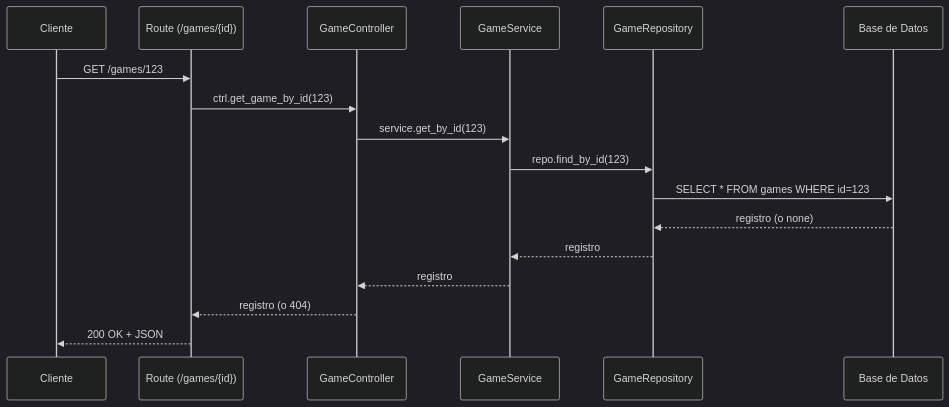
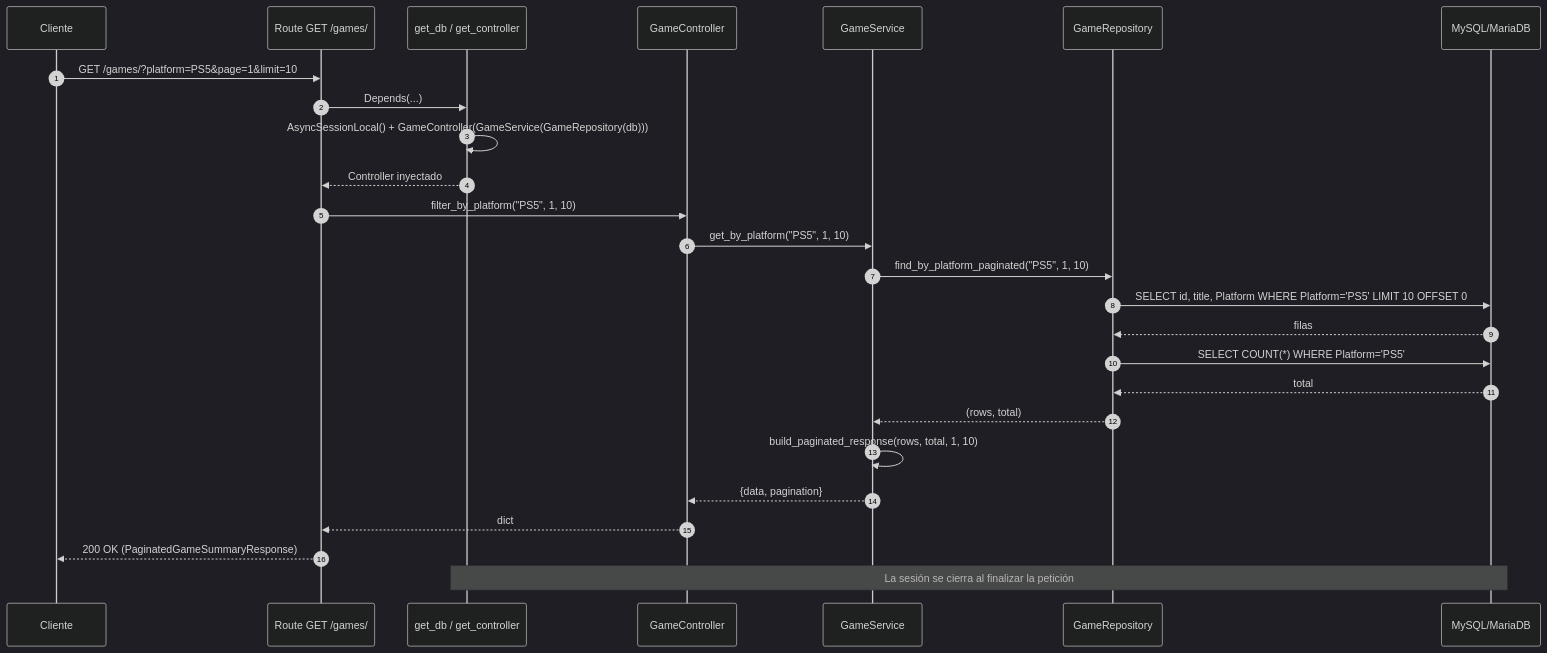
The fifth of 8 diagrams in DISEÑO.md (spentpark/backend-python), drawn with Mermaid (dark theme) before and after one commit. The commit also changed other lines of this file and 30 other files, not shown here.

````diff
--- a/DISEÑO.md
+++ b/DISEÑO.md
@@ -113,20 +498,29 @@
 ```mermaid
 sequenceDiagram
+    autonumber
     participant C as Cliente
-    participant R as Route (/games/{id})
+    participant R as Route GET /games/
+    participant Dep as get_db / get_controller
     participant Ctrl as GameController
     participant S as GameService
     participant Repo as GameRepository
-    participant DB as Base de Datos
+    participant DB as MySQL/MariaDB
 
-    C->>R: GET /games/123
-    R->>Ctrl: ctrl.get_game_by_id(123)
-    Ctrl->>S: service.get_by_id(123)
-    S->>Repo: repo.find_by_id(123)
-    Repo->>DB: SELECT * FROM games WHERE id=123
-    DB-->>Repo: registro (o none)
-    Repo-->>S: registro
-    S-->>Ctrl: registro
-    Ctrl-->>R: registro (o 404)
-    R-->>C: 200 OK + JSON
+    C->>R: GET /games/?platform=PS5&page=1&limit=10
+    R->>Dep: Depends(...)
+    Dep->>Dep: AsyncSessionLocal() + GameController(GameService(GameRepository(db)))
+    Dep-->>R: Controller inyectado
+    R->>Ctrl: filter_by_platform("PS5", 1, 10)
+    Ctrl->>S: get_by_platform("PS5", 1, 10)
+    S->>Repo: find_by_platform_paginated("PS5", 1, 10)
+    Repo->>DB: SELECT id, title, Platform WHERE Platform='PS5' LIMIT 10 OFFSET 0
+    DB-->>Repo: filas
+    Repo->>DB: SELECT COUNT(*) WHERE Platform='PS5'
+    DB-->>Repo: total
+    Repo-->>S: (rows, total)
+    S->>S: build_paginated_response(rows, total, 1, 10)
+    S-->>Ctrl: {data, pagination}
+    Ctrl-->>R: dict
+    R-->>C: 200 OK (PaginatedGameSummaryResponse)
+    Note over Dep,DB: La sesión se cierra al finalizar la petición
 ```
````
